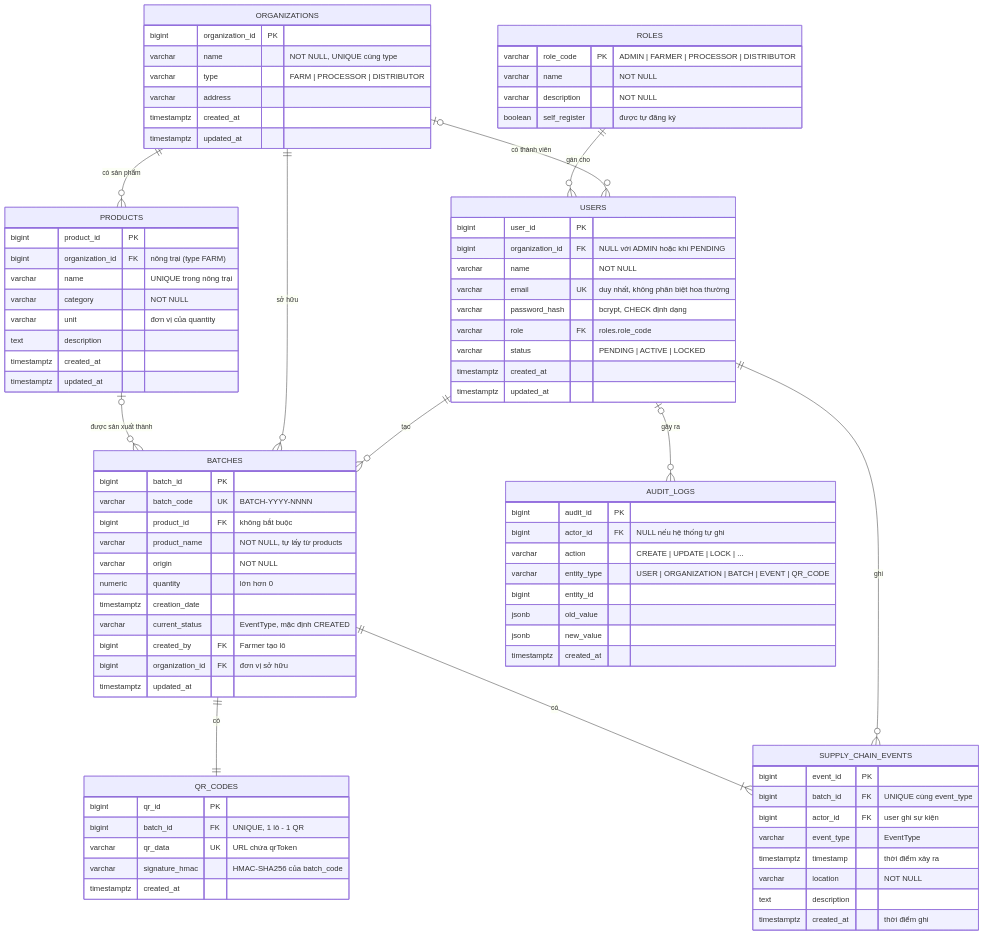
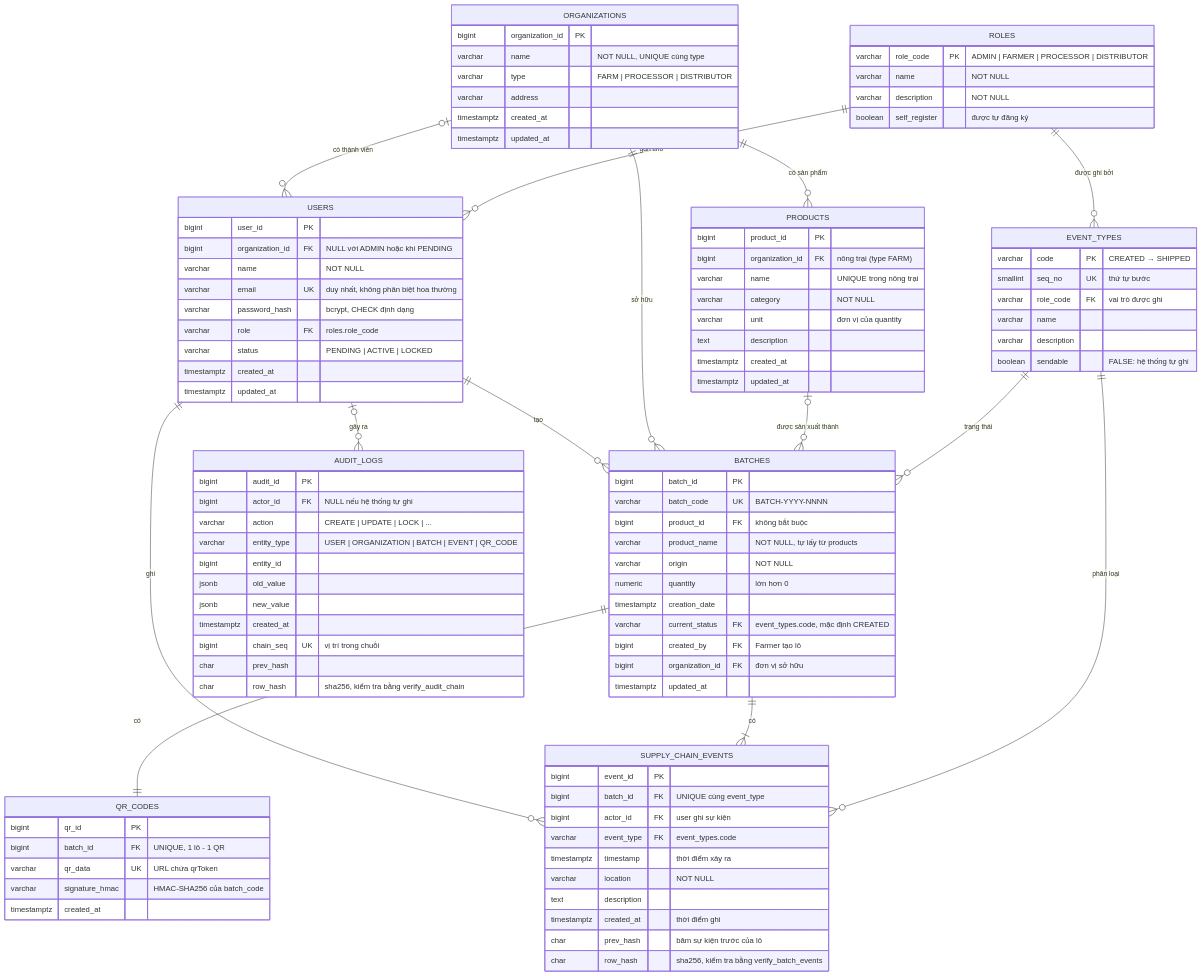
One commit to hbao06/food-supply-chain-traceability-portal changed the diagram in docs/ERD/Readme.md. Above: the diagram before and after it, drawn with Mermaid. The commit also changed other lines of this file and 19 other files, not shown here.

Commit message:
feat(db,audit): them event_types, chuoi bam lich su, vai tro fsc_app va service audit log (W6-TV3)

````diff
--- a/docs/ERD/Readme.md
+++ b/docs/ERD/Readme.md
@@ -15,6 +16,9 @@
 ```mermaid
 erDiagram
     ROLES ||--o{ USERS : "gán cho"
+    ROLES ||--o{ EVENT_TYPES : "được ghi bởi"
+    EVENT_TYPES ||--o{ SUPPLY_CHAIN_EVENTS : "phân loại"
+    EVENT_TYPES ||--o{ BATCHES : "trạng thái"
     ORGANIZATIONS ||--o{ PRODUCTS : "có sản phẩm"
     PRODUCTS |o--o{ BATCHES : "được sản xuất thành"
     ORGANIZATIONS |o--o{ USERS : "có thành viên"
@@ -30,6 +34,15 @@
         varchar name "NOT NULL"
         varchar description "NOT NULL"
         boolean self_register "được tự đăng ký"
+    }
+
+    EVENT_TYPES {
+        varchar code PK "CREATED → SHIPPED"
+        smallint seq_no UK "thứ tự bước"
+        varchar role_code FK "vai trò được ghi"
+        varchar name
+        varchar description
+        boolean sendable "FALSE: hệ thống tự ghi"
     }
 
     ORGANIZATIONS {
@@ -72,7 +85,7 @@
         varchar origin "NOT NULL"
         numeric quantity "lớn hơn 0"
         timestamptz creation_date
-        varchar current_status "EventType, mặc định CREATED"
+        varchar current_status FK "event_types.code, mặc định CREATED"
         bigint created_by FK "Farmer tạo lô"
         bigint organization_id FK "đơn vị sở hữu"
         timestamptz updated_at
@@ -90,11 +103,13 @@
         bigint event_id PK
         bigint batch_id FK "UNIQUE cùng event_type"
         bigint actor_id FK "user ghi sự kiện"
-        varchar event_type "EventType"
+        varchar event_type FK "event_types.code"
         timestamptz timestamp "thời điểm xảy ra"
         varchar location "NOT NULL"
         text description
         timestamptz created_at "thời điểm ghi"
+        char prev_hash "băm sự kiện trước của lô"
+        char row_hash "sha256, kiểm tra bằng verify_batch_events"
     }
 
     AUDIT_LOGS {
@@ -106,5 +121,8 @@
         jsonb old_value
         jsonb new_value
         timestamptz created_at
+        bigint chain_seq UK "vị trí trong chuỗi"
+        char prev_hash
+        char row_hash "sha256, kiểm tra bằng verify_audit_chain"
     }
 ```
````
